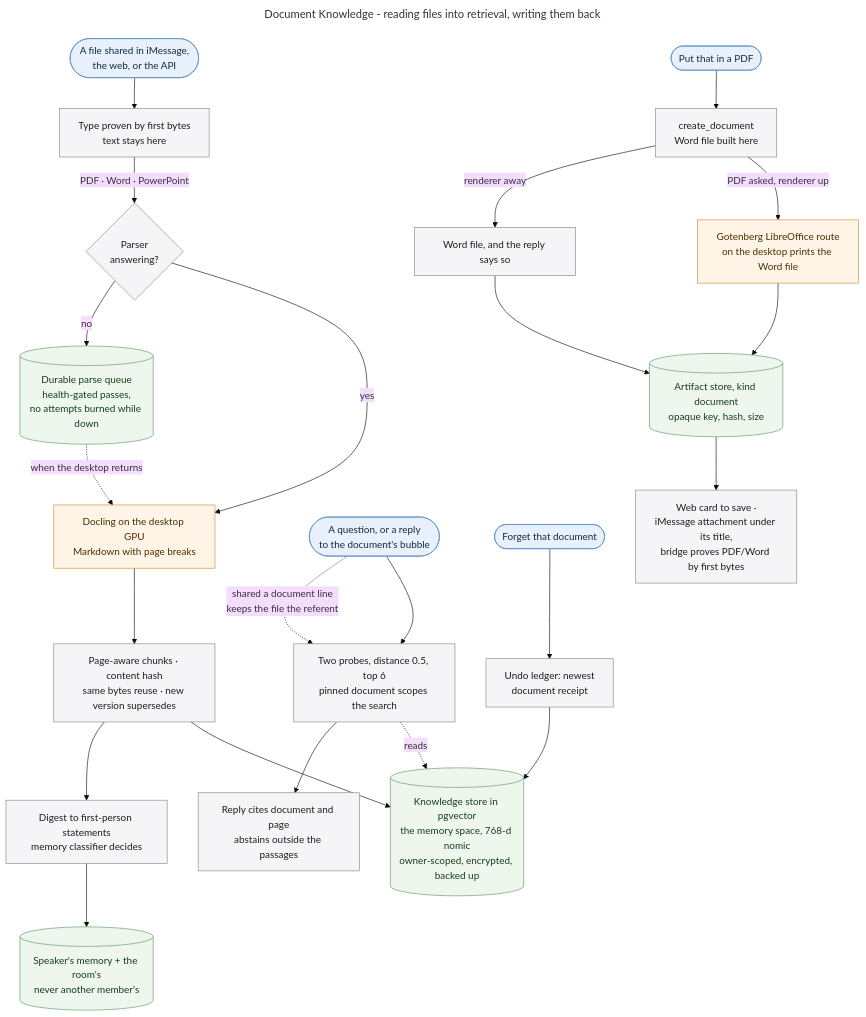
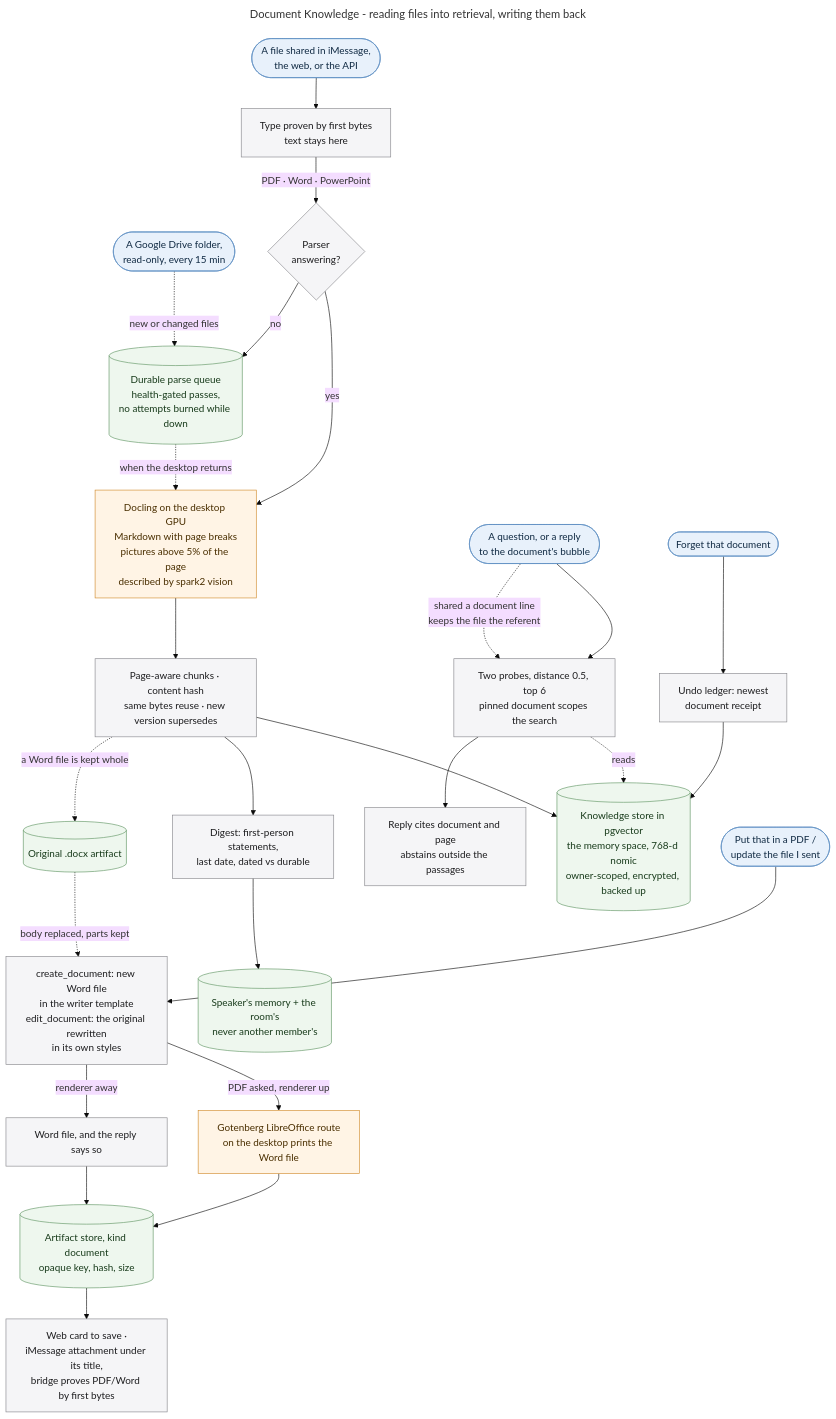
One commit to MallyaAni/PersonalAssistant changed the diagram in docs/diagrams/document-knowledge.mmd. Above: the diagram before and after it, drawn with Mermaid (base theme). The commit also changed 40 other files, not shown here.

```diff
--- a/docs/diagrams/document-knowledge.mmd
+++ b/docs/diagrams/document-knowledge.mmd
@@ -1,36 +1,39 @@
 ---
 title: Document Knowledge - reading files into retrieval, writing them back
 ---
 flowchart TB
     Share([A file shared in iMessage,<br/>the web, or the API]) --> Classify[Type proven by first bytes<br/>text stays here]
+    Drive([A Google Drive folder,<br/>read-only, every 15 min]) -. new or changed files .-> Queue
     Classify -->|PDF · Word · PowerPoint| Probe{Parser<br/>answering?}
-    Probe -->|yes| Docling[Docling on the desktop GPU<br/>Markdown with page breaks]
+    Probe -->|yes| Docling[Docling on the desktop GPU<br/>Markdown with page breaks<br/>pictures above 5% of the page<br/>described by spark2 vision]
     Probe -->|no| Queue[(Durable parse queue<br/>health-gated passes,<br/>no attempts burned while down)]
     Queue -. when the desktop returns .-> Docling
     Docling --> Ingest[Page-aware chunks · content hash<br/>same bytes reuse · new version supersedes]
     Ingest --> Store[(Knowledge store in pgvector<br/>the memory space, 768-d nomic<br/>owner-scoped, encrypted, backed up)]
-    Ingest --> Facts[Digest to first-person statements<br/>memory classifier decides]
+    Ingest --> Facts[Digest: first-person statements,<br/>last date, dated vs durable]
+    Ingest -. a Word file is kept whole .-> Original[(Original .docx artifact)]
     Facts --> Memory[(Speaker's memory + the room's<br/>never another member's)]
 
     Ask([A question, or a reply<br/>to the document's bubble]) --> Search[Two probes, distance 0.5, top 6<br/>pinned document scopes the search]
     Search -. reads .-> Store
     Search --> Reply[Reply cites document and page<br/>abstains outside the passages]
     Ask -. "shared a document" line<br/>keeps the file the referent .-> Search
 
     Forget([Forget that document]) --> Undo[Undo ledger: newest<br/>document receipt] --> Store
 
-    Want([Put that in a PDF]) --> Writer[create_document<br/>Word file built here]
+    Want([Put that in a PDF /<br/>update the file I sent]) --> Writer[create_document: new Word file<br/>in the writer template<br/>edit_document: the original rewritten<br/>in its own styles]
+    Original -. body replaced, parts kept .-> Writer
     Writer -->|PDF asked, renderer up| Print[Gotenberg LibreOffice route<br/>on the desktop prints the Word file]
     Writer -->|renderer away| Docx[Word file, and the reply says so]
     Print --> Artifact[(Artifact store, kind document<br/>opaque key, hash, size)]
     Docx --> Artifact
     Artifact --> Out[Web card to save ·<br/>iMessage attachment under its title,<br/>bridge proves PDF/Word by first bytes]
 
     classDef person fill:#e8f1fb,stroke:#5e8fc4,color:#102a43;
     classDef step fill:#f5f5f7,stroke:#86868b,color:#1d1d1f;
     classDef store fill:#eef7ee,stroke:#5f9562,color:#183b1b;
     classDef desktop fill:#fff4e5,stroke:#d08a2a,color:#4a2f00;
-    class Share,Ask,Forget,Want person;
+    class Share,Ask,Forget,Want,Drive person;
     class Classify,Probe,Ingest,Facts,Search,Reply,Undo,Writer,Docx,Out step;
-    class Queue,Store,Memory,Artifact store;
+    class Queue,Store,Memory,Artifact,Original store;
     class Docling,Print desktop;
```
